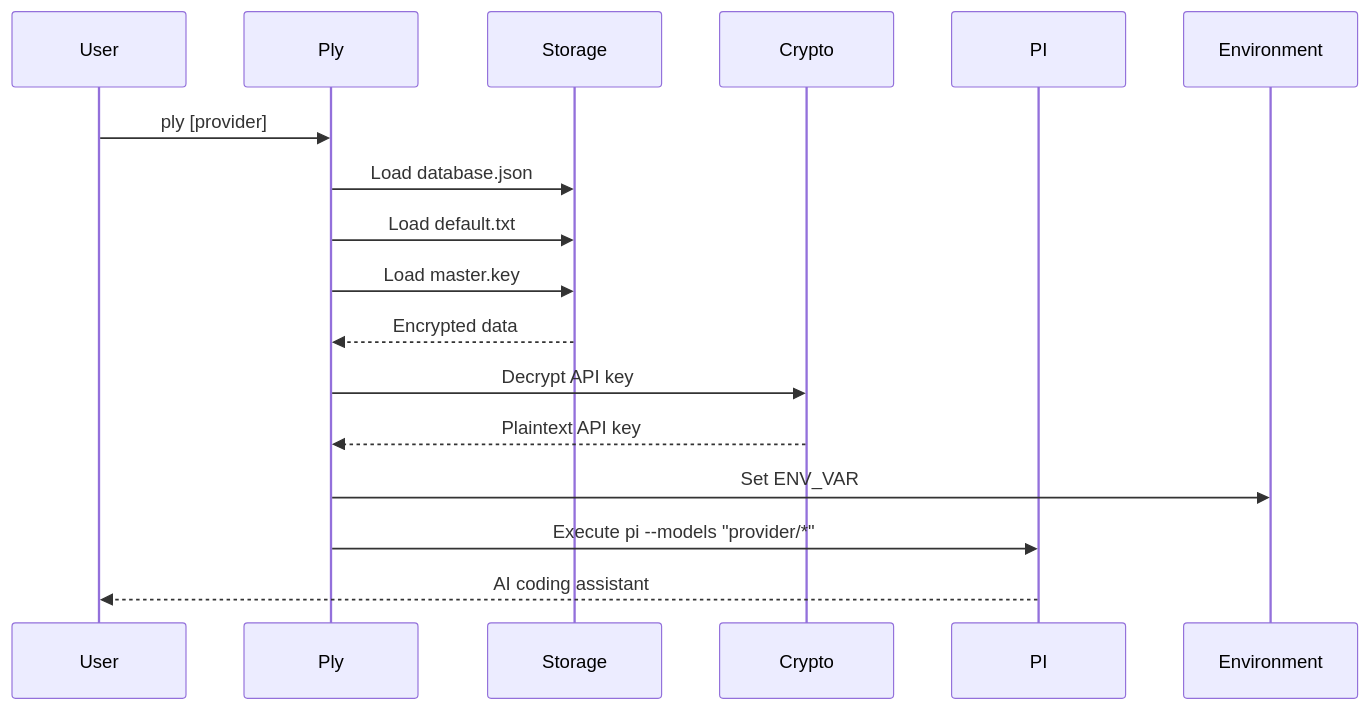
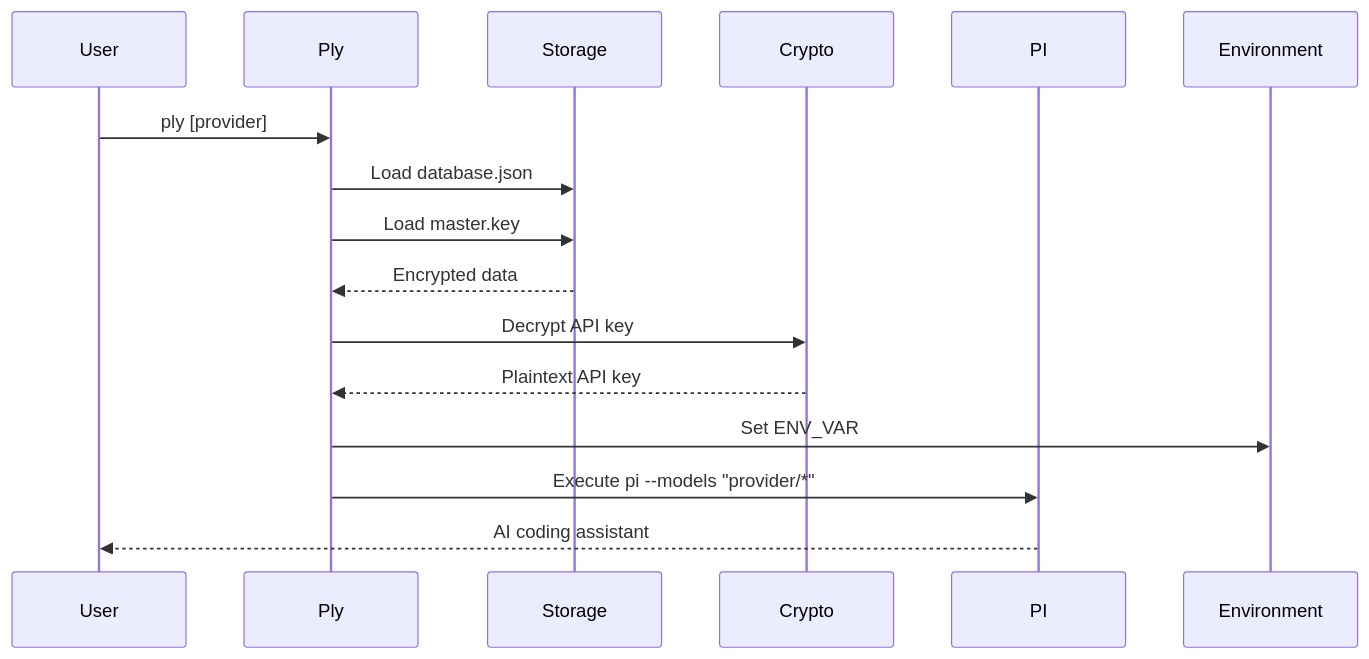
Before and after one commit to dkmnx/pyx: the second of 4 diagrams in docs/architecture.md, drawn with Mermaid. The commit also changed other lines of this file and 6 other files, not shown here.

````diff
--- a/docs/architecture.md
+++ b/docs/architecture.md
@@ -59,19 +57,18 @@
 ```mermaid
 sequenceDiagram
     participant User
     participant Ply
     participant Storage
     participant Crypto
     participant PI
 
     User->>Ply: ply [provider]
     Ply->>Storage: Load database.json
-    Ply->>Storage: Load default.txt
     Ply->>Storage: Load master.key
     Storage-->>Ply: Encrypted data
     Ply->>Crypto: Decrypt API key
     Crypto-->>Ply: Plaintext API key
     Ply->>Environment: Set ENV_VAR
     Ply->>PI: Execute pi --models "provider/*"
     PI-->>User: AI coding assistant
 ```
````
